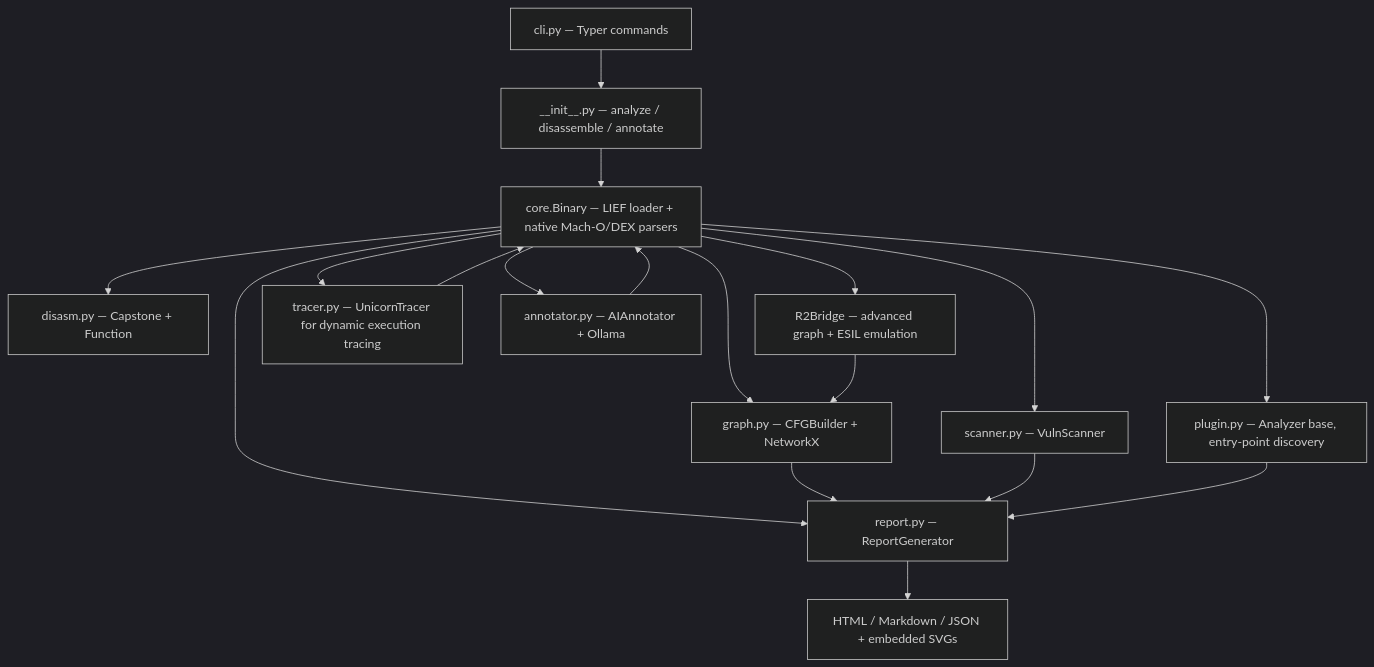
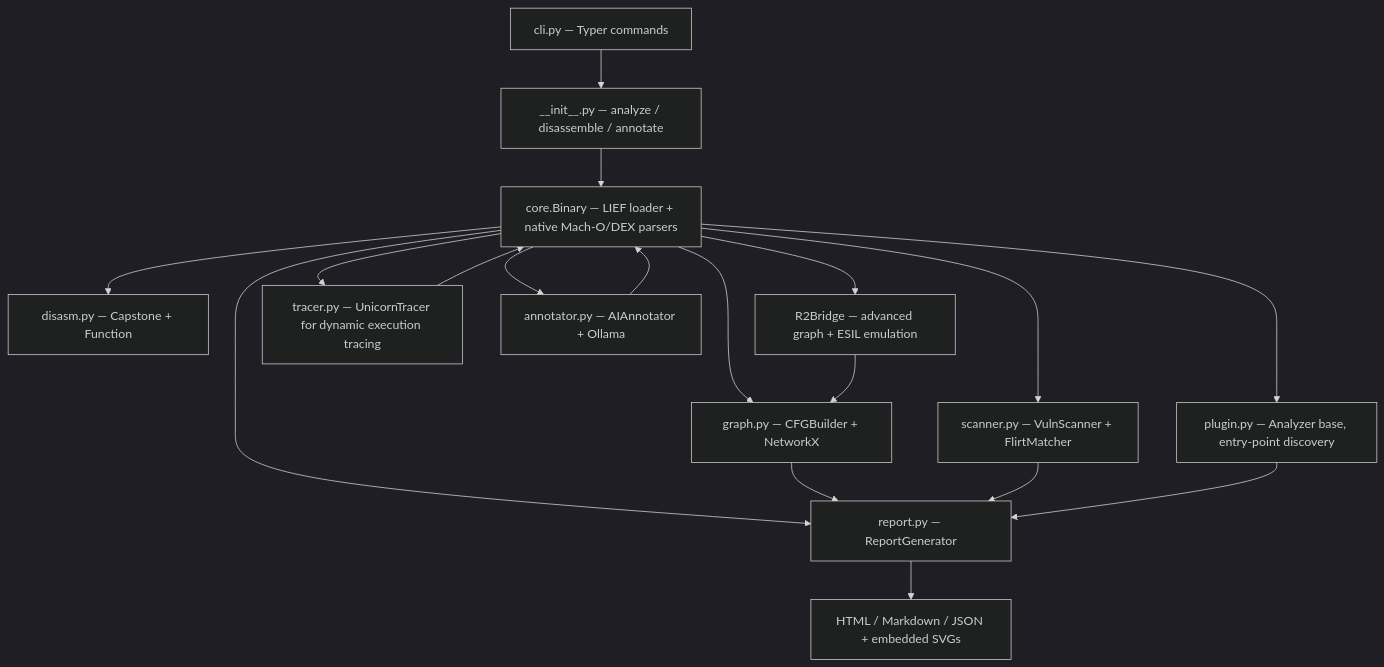
Before and after one commit to ajendras/ReverseKit: the diagram in README.md, drawn with Mermaid (dark theme). The commit also changed other lines of this file and 2 other files, not shown here.

Commit message:
feat(scanner): add FLIRT signature database downloader and matcher

````diff
--- a/README.md
+++ b/README.md
@@ -292,20 +318,20 @@
 ```mermaid
 flowchart TD
     CLI[cli.py — Typer commands] --> API[__init__.py — analyze / disassemble / annotate]
     API --> Binary[core.Binary — LIEF loader + native Mach-O/DEX parsers]
     Binary --> Disasm[disasm.py — Capstone + Function]
     Binary --> R2[R2Bridge — advanced graph + ESIL emulation]
     Binary --> Tracer[tracer.py — UnicornTracer for dynamic execution tracing]
-    Binary --> Scanner[scanner.py — VulnScanner]
+    Binary --> Scanner[scanner.py — VulnScanner + FlirtMatcher]
     Binary --> Annotator[annotator.py — AIAnnotator + Ollama]
     Binary --> Plugins[plugin.py — Analyzer base, entry-point discovery]
     Annotator --> Binary
     Binary --> Graph[graph.py — CFGBuilder + NetworkX]
     Binary --> Report[report.py — ReportGenerator]
     R2 --> Graph
     Tracer --> Binary
     Graph --> Report
     Scanner --> Report
     Plugins --> Report
     Report --> Outputs[HTML / Markdown / JSON + embedded SVGs]
 ```
````
